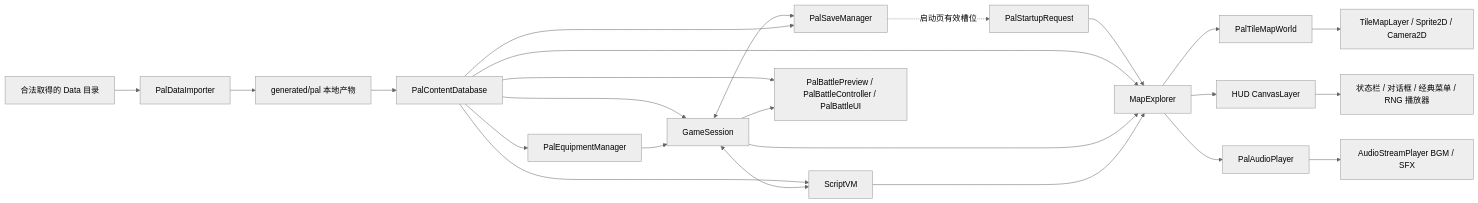
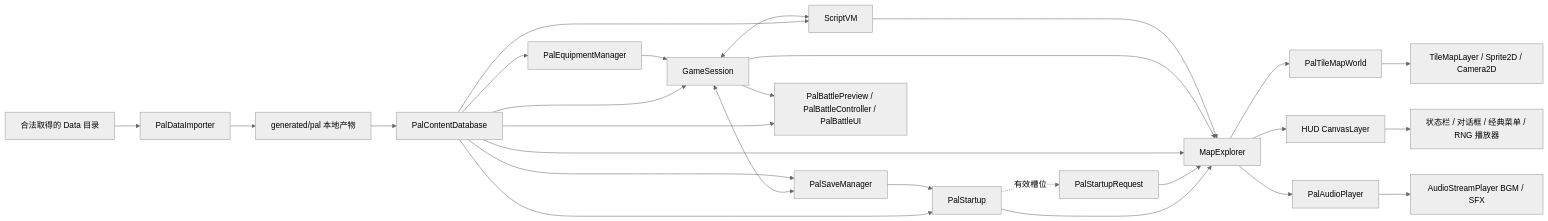
Before and after one commit to 1xuanyuan1/sword-godot: the first of 2 diagrams in docs/ARCHITECTURE.md, drawn with Mermaid (neutral theme). The commit also changed other lines of this file and 15 other files, not shown here.

Commit message:
feat: add classic startup sequence

````diff
--- a/docs/ARCHITECTURE.md
+++ b/docs/ARCHITECTURE.md
@@ -5,26 +5,29 @@
 ```mermaid
 flowchart LR
     A[合法取得的 Data 目录] --> B[PalDataImporter]
     B --> C[generated/pal 本地产物]
     C --> D[PalContentDatabase]
+    D --> S[PalStartup]
     D --> E[GameSession]
     D --> F[ScriptVM]
     D --> P[PalEquipmentManager]
     P --> E
     E <--> F
     E <--> Q[PalSaveManager]
     D --> Q
-    Q -. 启动页有效槽位 .-> R[PalStartupRequest]
+    Q --> S
+    S -. 有效槽位 .-> R[PalStartupRequest]
+    S --> G
     R --> G
     D --> G[MapExplorer]
     D --> O[PalBattlePreview / PalBattleController / PalBattleUI]
     E --> O
     E --> G
     F --> G
     G --> H[PalTileMapWorld]
     G --> I[HUD CanvasLayer]
     I --> K[状态栏 / 对话框 / 经典菜单 / RNG 播放器]
     H --> J[TileMapLayer / Sprite2D / Camera2D]
     G --> L[PalAudioPlayer]
     L --> N[AudioStreamPlayer BGM / SFX]
 ```
````
